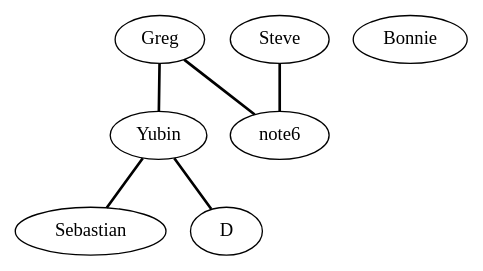
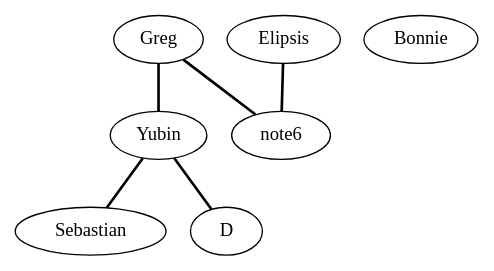
One commit to gsiegle/polycule-grapher changed the diagram in DOT/sample.dot. Above: the diagram before and after it, drawn with Graphviz.

Commit message:
Update sample.dot
update name

```diff
--- a/DOT/sample.dot
+++ b/DOT/sample.dot
@@ -1,14 +1,14 @@
 graph sample {
 	node1 [label="Greg"]
 	node2 [label="Yubin"]
 	node3 [label="Sebastian"]
 	node4 [label="D"]
-	node5 [label="Steve"]
+	node5 [label="Elipsis"]
 	node6 [label="Bonnie"]
 
 	node1 -- node2 [len=1.25,label="",style=bold]
 	node2 -- node3 [len=1.25,label="",style=bold]
 	node2 -- node4 [len=1.25,label="",style=bold]
     node1 -- note6 [len=1.25,label="",style=bold]
 	node5 -- note6 [len=1.25,label="",style=bold]
 }
```
